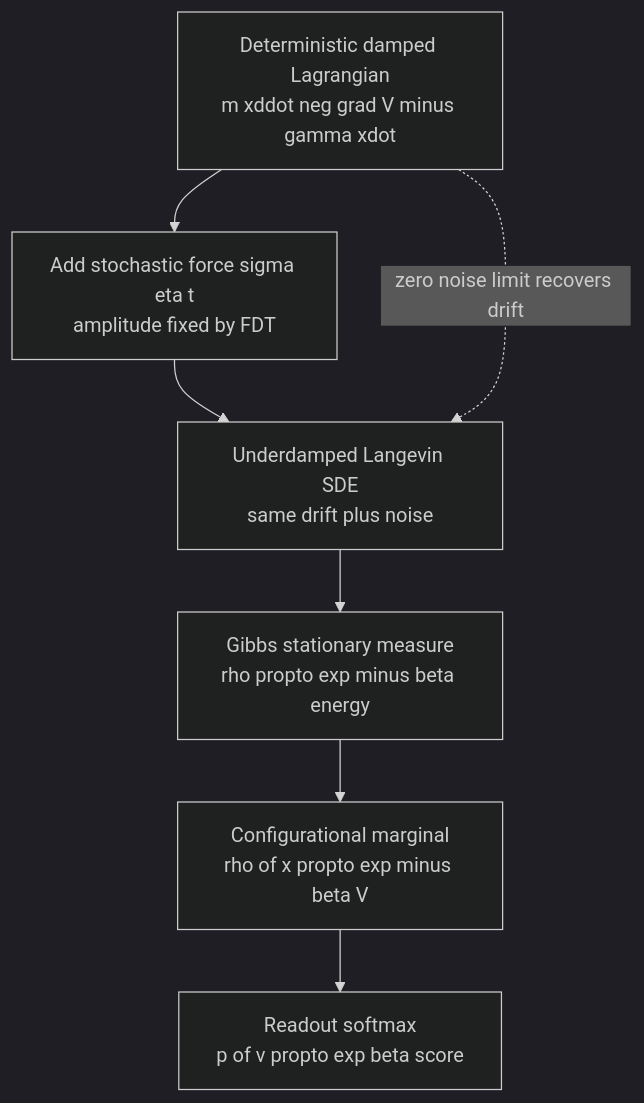
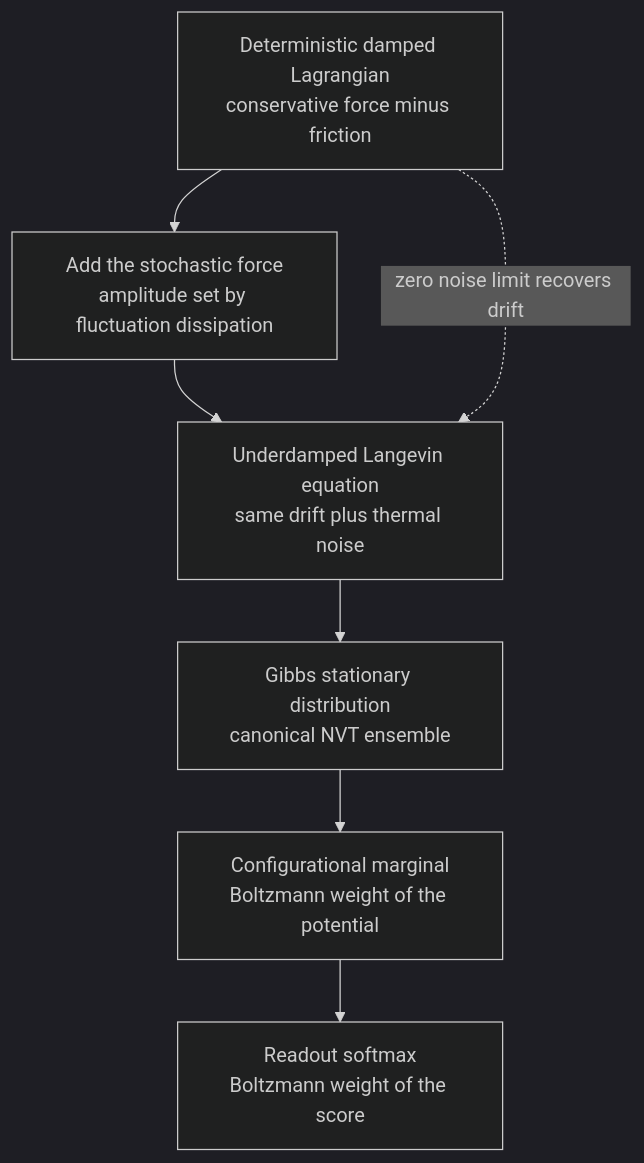
One commit to dimitarpg13/semsimula-paper changed the first of 3 diagrams in companion_notes/Langevin_dynamics_reformulation_of_classical_damped_Lagrangian_flow.md. Above: the diagram before and after it, drawn with Mermaid (dark theme). The commit also changed other lines of this file and 2 other files, not shown here.

Commit message:
update Langevin dynamics with Fock-PARFLM reformulation

````diff
--- a/companion_notes/Langevin_dynamics_reformulation_of_classical_damped_Lagrangian_flow.md
+++ b/companion_notes/Langevin_dynamics_reformulation_of_classical_damped_Lagrangian_flow.md
@@ -143,16 +144,16 @@
 ```mermaid
 flowchart TB
-    DET["Deterministic damped Lagrangian<br>m xddot neg grad V minus gamma xdot"]
-    ADD["Add stochastic force sigma eta t<br>amplitude fixed by FDT"]
-    SDE["Underdamped Langevin SDE<br>same drift plus noise"]
-    GIBBS["Gibbs stationary measure<br>rho propto exp minus beta energy"]
-    MARG["Configurational marginal<br>rho of x propto exp minus beta V"]
-    READ["Readout softmax<br>p of v propto exp beta score"]
+    DET["Deterministic damped Lagrangian<br>conservative force minus friction"]
+    ADD["Add the stochastic force<br>amplitude set by fluctuation dissipation"]
+    SDE["Underdamped Langevin equation<br>same drift plus thermal noise"]
+    GIBBS["Gibbs stationary distribution<br>canonical NVT ensemble"]
+    MARG["Configurational marginal<br>Boltzmann weight of the potential"]
+    READ["Readout softmax<br>Boltzmann weight of the score"]
 
     DET --> ADD
     ADD --> SDE
     SDE --> GIBBS
     GIBBS --> MARG
     MARG --> READ
     DET -.->|zero noise limit recovers drift| SDE
 ```
````
